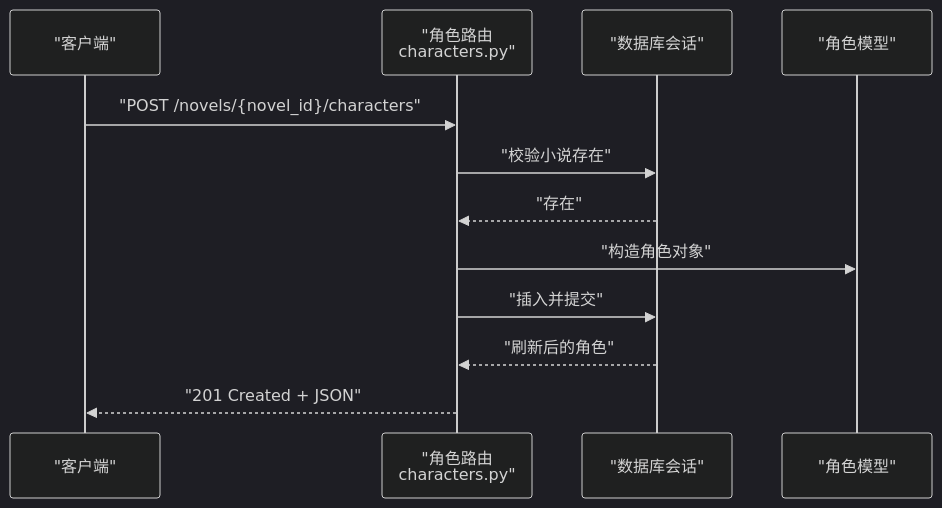
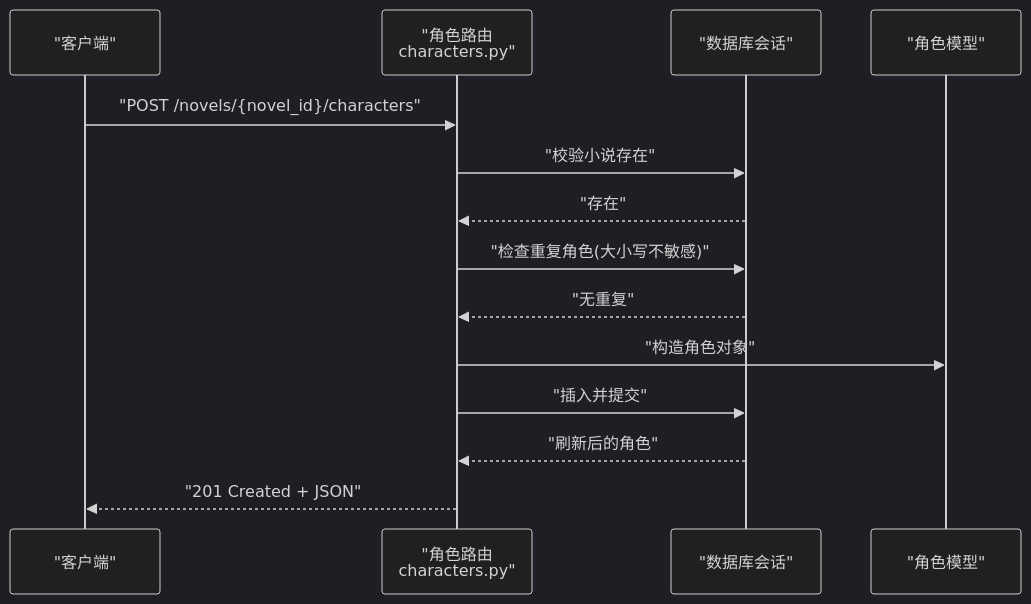
Before and after one commit to xfbyxq/ai-novel-system: the fourth of 10 diagrams in .qoder/repowiki/zh/content/API接口文档/角色管理API.md, drawn with Mermaid (dark theme). The commit also changed other lines of this file and 11 other files, not shown here.

````diff
--- a/.qoder/repowiki/zh/content/API接口文档/角色管理API.md
+++ b/.qoder/repowiki/zh/content/API接口文档/角色管理API.md
@@ -260,14 +371,16 @@
 ```mermaid
 sequenceDiagram
 participant Client as "客户端"
 participant Router as "角色路由<br/>characters.py"
 participant DB as "数据库会话"
 participant Model as "角色模型"
 Client->>Router : "POST /novels/{novel_id}/characters"
 Router->>DB : "校验小说存在"
 DB-->>Router : "存在"
+Router->>DB : "检查重复角色(大小写不敏感)"
+DB-->>Router : "无重复"
 Router->>Model : "构造角色对象"
 Router->>DB : "插入并提交"
 DB-->>Router : "刷新后的角色"
 Router-->>Client : "201 Created + JSON"
 ```
````
